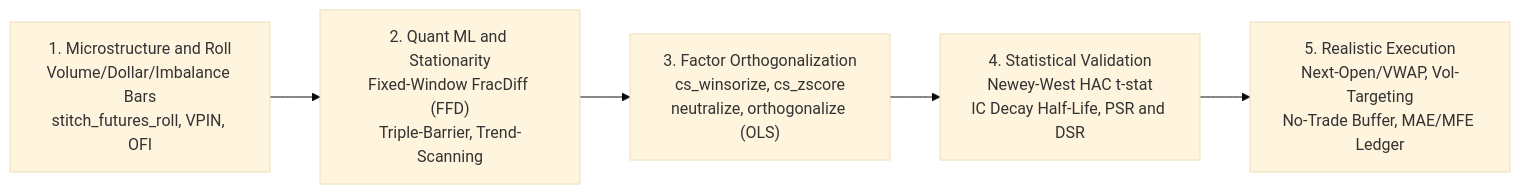
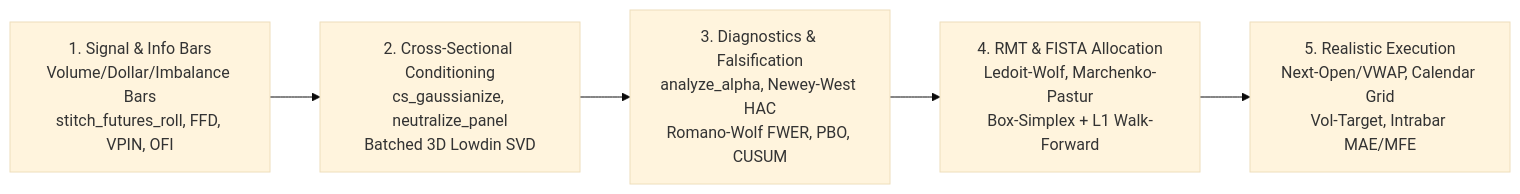
Before and after one commit to huuan26/polars-anta: the diagram in docs/index.md, drawn with Mermaid (base theme). The commit also changed other lines of this file and 9 other files, not shown here.

````diff
--- a/docs/index.md
+++ b/docs/index.md
@@ -147,7 +148,7 @@
 ```mermaid
 flowchart LR
-    A["1. Microstructure and Roll<br/>Volume/Dollar/Imbalance Bars<br/>stitch_futures_roll, VPIN, OFI"] --> B["2. Quant ML and Stationarity<br/>Fixed-Window FracDiff (FFD)<br/>Triple-Barrier, Trend-Scanning"]
-    B --> C["3. Factor Orthogonalization<br/>cs_winsorize, cs_zscore<br/>neutralize, orthogonalize (OLS)"]
-    C --> D["4. Statistical Validation<br/>Newey-West HAC t-stat<br/>IC Decay Half-Life, PSR and DSR"]
-    D --> E["5. Realistic Execution<br/>Next-Open/VWAP, Vol-Targeting<br/>No-Trade Buffer, MAE/MFE Ledger"]
+    A["1. Signal & Info Bars<br/>Volume/Dollar/Imbalance Bars<br/>stitch_futures_roll, FFD, VPIN, OFI"] --> B["2. Cross-Sectional Conditioning<br/>cs_gaussianize, neutralize_panel<br/>Batched 3D Lowdin SVD"]
+    B --> C["3. Diagnostics & Falsification<br/>analyze_alpha, Newey-West HAC<br/>Romano-Wolf FWER, PBO, CUSUM"]
+    C --> D["4. RMT & FISTA Allocation<br/>Ledoit-Wolf, Marchenko-Pastur<br/>Box-Simplex + L1 Walk-Forward"]
+    D --> E["5. Realistic Execution<br/>Next-Open/VWAP, Calendar Grid<br/>Vol-Target, Intrabar MAE/MFE"]
 ```
````
